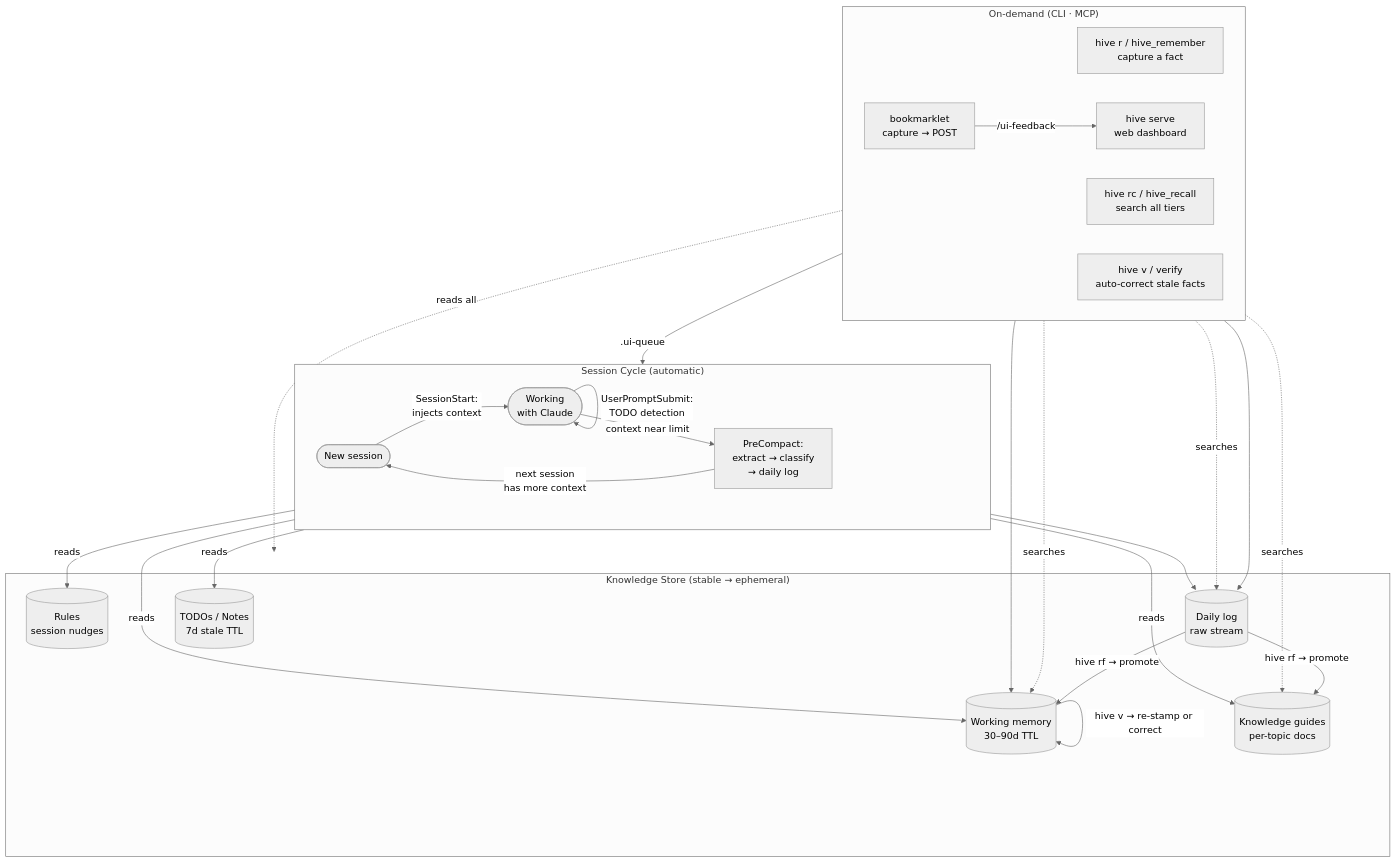
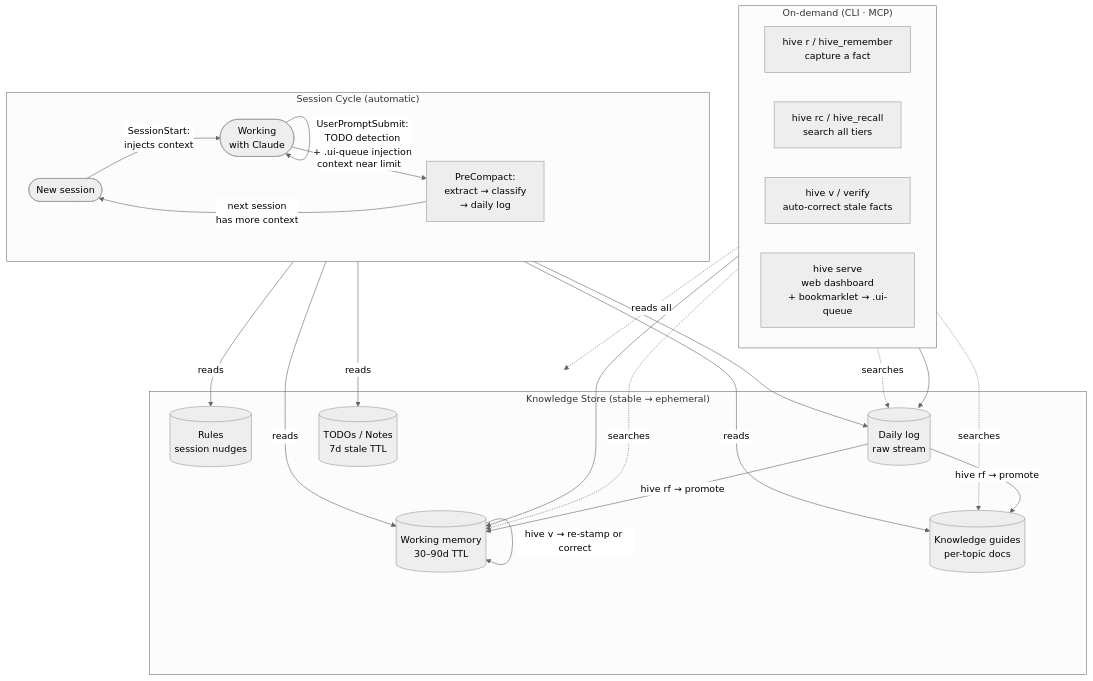
The diagram in README.md (joryeugene/keephive), drawn with Mermaid (neutral theme) before and after one commit. The commit also changed other lines of this file and 4 other files, not shown here.

Commit message:
v0.15.0: feat: live web dashboard, bookmarklet feedback loop, UI polish

````diff
--- a/README.md
+++ b/README.md
@@ -103,41 +103,38 @@
 ```mermaid
 flowchart TD
     subgraph CYCLE["Session Cycle (automatic)"]
         direction LR
         START([New session]) -->|SessionStart:\ninjects context| WORK([Working\nwith Claude])
         WORK -->|PostToolUse:\nperiodic nudge| WORK
-        WORK -->|UserPromptSubmit:\nTODO detection| WORK
+        WORK -->|"UserPromptSubmit:\nTODO detection\n+ .ui-queue injection"| WORK
         WORK -->|context near limit| PC[PreCompact:\nextract → classify\n→ daily log]
         PC -->|next session\nhas more context| START
     end
 
     subgraph STORE["Knowledge Store (stable → ephemeral)"]
         MEM[("Working memory\n30–90d TTL")]
         GUIDES[("Knowledge guides\nper-topic docs")]
         RULES[("Rules\nsession nudges")]
         LOG[("Daily log\nraw stream")]
         TODOS[("TODOs / Notes\n7d stale TTL")]
     end
 
     subgraph MANUAL["On-demand (CLI · MCP)"]
         direction LR
         REM["hive r / hive_remember\ncapture a fact"]
         RCL["hive rc / hive_recall\nsearch all tiers"]
         VRF["hive v / verify\nauto-correct stale facts"]
-        DASH["hive serve\nweb dashboard"]
-        BOOK["bookmarklet\ncapture → POST"]
+        DASH["hive serve\nweb dashboard\n+ bookmarklet → .ui-queue"]
     end
 
     START -->|reads| MEM & GUIDES & RULES & TODOS
     PC --> LOG
     LOG -->|"hive rf → promote"| MEM
     LOG -->|"hive rf → promote"| GUIDES
     MEM -->|"hive v → re-stamp or correct"| MEM
 
     REM --> LOG
     RCL -.->|searches| MEM & GUIDES & LOG
     VRF --> MEM
     DASH -.->|reads all| STORE
-    BOOK -->|"/ui-feedback"| DASH
-    DASH -->|".ui-queue"| WORK
 ```
````
